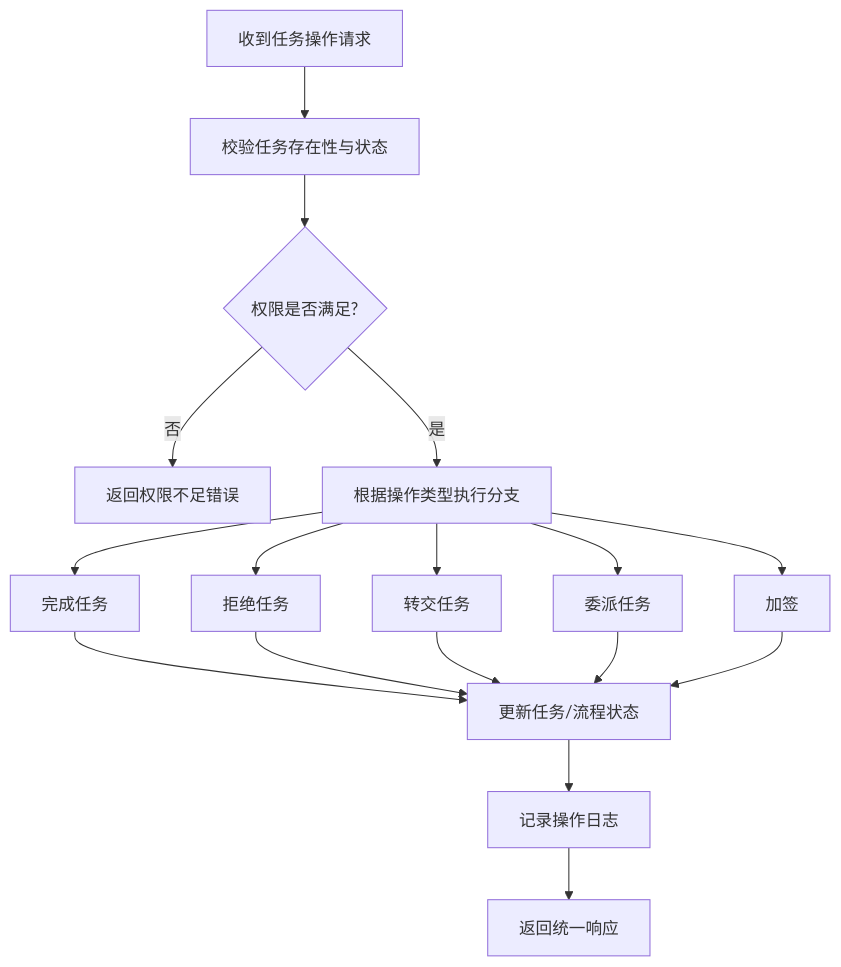
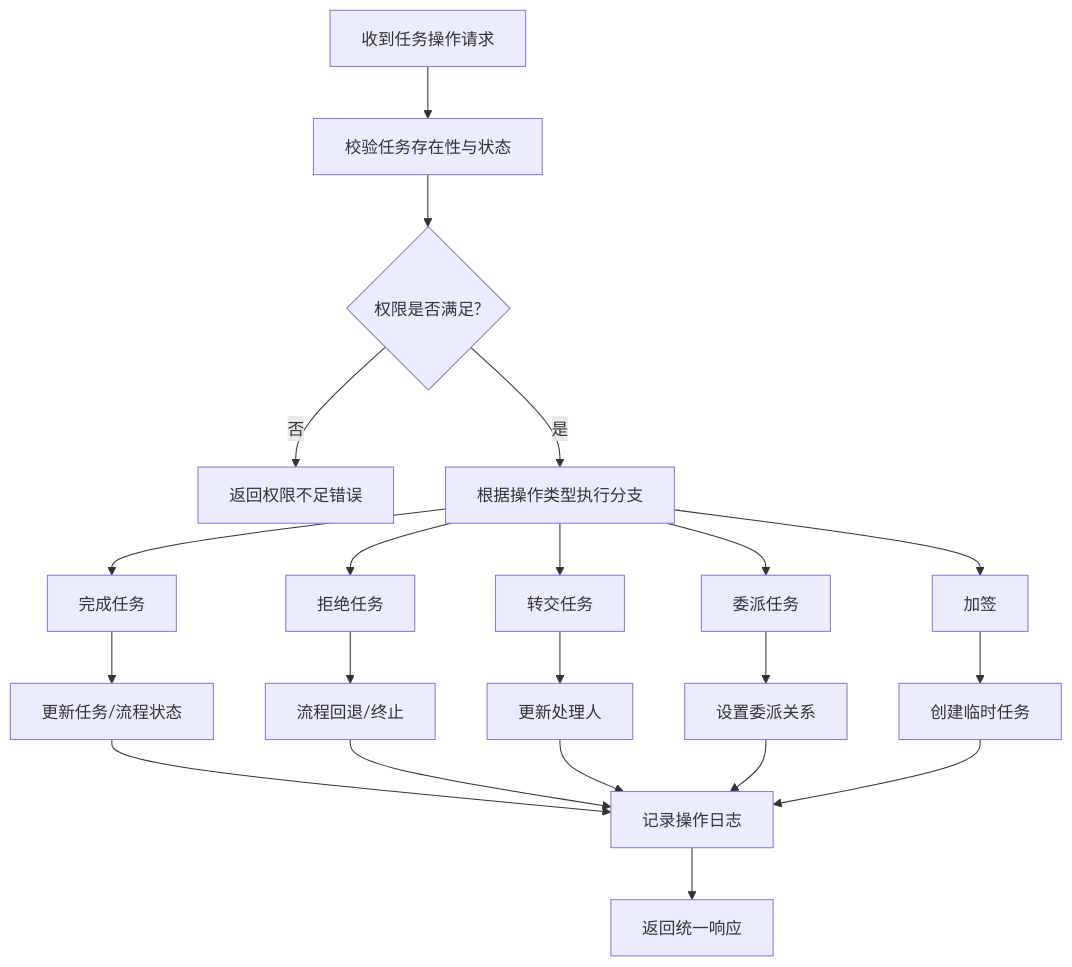
One commit to liming-lihaini/workflow changed the seventh of 9 diagrams in .qoder/repowiki/zh/content/任务管理/任务操作处理/任务操作处理.md. Above: the diagram before and after it, drawn with Mermaid. The commit also changed other lines of this file and 57 other files, not shown here.

````diff
--- a/.qoder/repowiki/zh/content/任务管理/任务操作处理/任务操作处理.md
+++ b/.qoder/repowiki/zh/content/任务管理/任务操作处理/任务操作处理.md
@@ -375,19 +405,23 @@
 ```mermaid
 flowchart TD
 A["收到任务操作请求"] --> B["校验任务存在性与状态"]
 B --> C{"权限是否满足?"}
 C --> |否| D["返回权限不足错误"]
 C --> |是| E["根据操作类型执行分支"]
 E --> F["完成任务"]
 E --> G["拒绝任务"]
 E --> H["转交任务"]
 E --> I["委派任务"]
 E --> J["加签"]
 F --> K["更新任务/流程状态"]
-G --> K
-H --> K
-I --> K
-J --> K
-K --> L["记录操作日志"]
-L --> M["返回统一响应"]
+G --> L["流程回退/终止"]
+H --> M["更新处理人"]
+I --> N["设置委派关系"]
+J --> O["创建临时任务"]
+K --> P["记录操作日志"]
+L --> P
+M --> P
+N --> P
+O --> P
+P --> Q["返回统一响应"]
 ```
````
